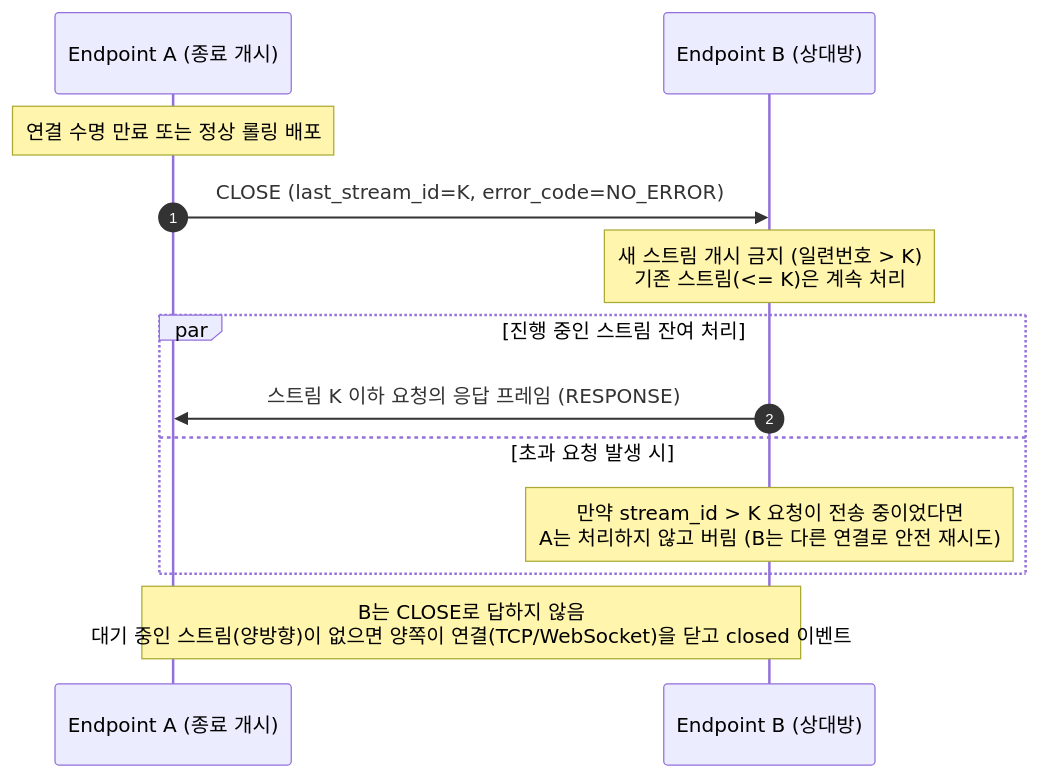
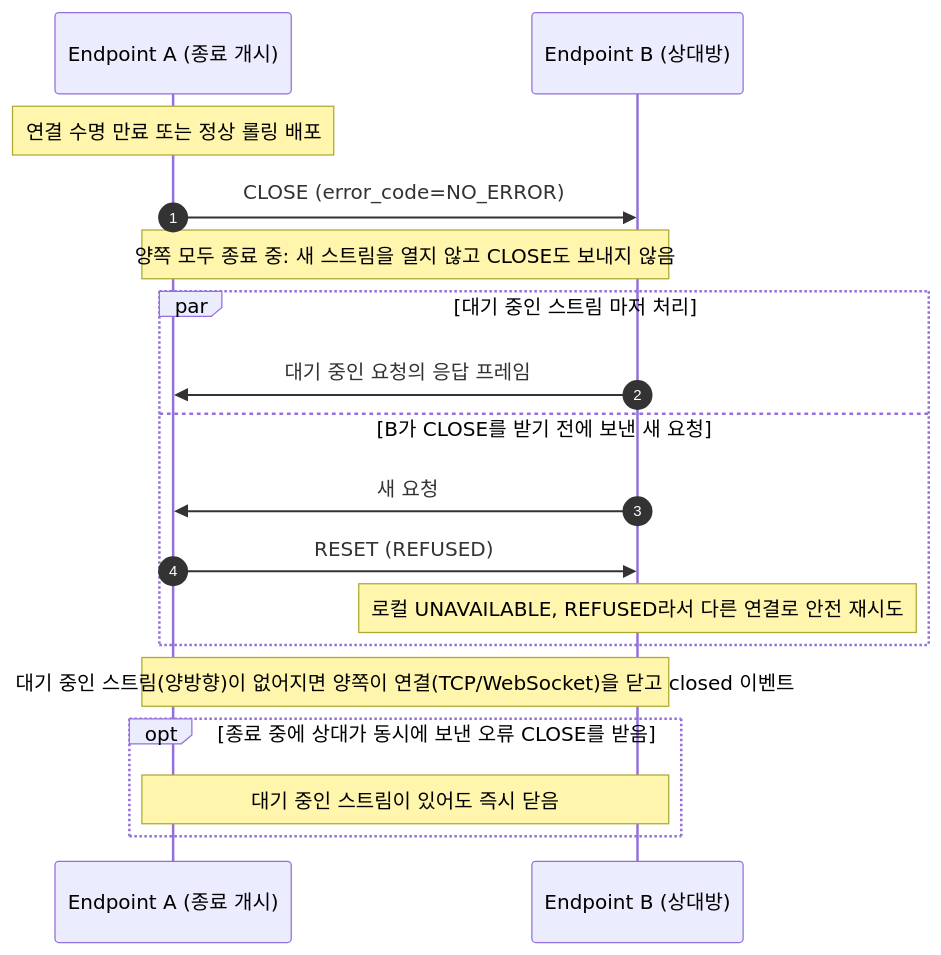
One commit to ppzxc/strand changed the second of 3 diagrams in docs/specification/STRAND_SPECIFICATION.md. Above: the diagram before and after it, drawn with Mermaid. The commit also changed other lines of this file and 5 other files, not shown here.

````diff
--- a/docs/specification/STRAND_SPECIFICATION.md
+++ b/docs/specification/STRAND_SPECIFICATION.md
@@ -526,19 +409,25 @@
 ```mermaid
 sequenceDiagram
     autonumber
     participant A as Endpoint A (종료 개시)
     participant B as Endpoint B (상대방)
 
     Note over A: 연결 수명 만료 또는 정상 롤링 배포
-    A->>B: CLOSE (last_stream_id=K, error_code=NO_ERROR)
-    
-    Note over B: 새 스트림 개시 금지 (일련번호 > K)<br/>기존 스트림(<= K)은 계속 처리
-    
-    par 진행 중인 스트림 잔여 처리
-        B->>A: 스트림 K 이하 요청의 응답 프레임 (RESPONSE)
-    and 초과 요청 발생 시
-        Note over B: 만약 stream_id > K 요청이 전송 중이었다면<br/>A는 처리하지 않고 버림 (B는 다른 연결로 안전 재시도)
+    A->>B: CLOSE (error_code=NO_ERROR)
+
+    Note over A,B: 양쪽 모두 종료 중: 새 스트림을 열지 않고 CLOSE도 보내지 않음
+
+    par 대기 중인 스트림 마저 처리
+        B->>A: 대기 중인 요청의 응답 프레임
+    and B가 CLOSE를 받기 전에 보낸 새 요청
+        B->>A: 새 요청
+        A->>B: RESET (REFUSED)
+        Note over B: 로컬 UNAVAILABLE, REFUSED라서 다른 연결로 안전 재시도
     end
-    
-    Note over A,B: B는 CLOSE로 답하지 않음<br/>대기 중인 스트림(양방향)이 없으면 양쪽이 연결(TCP/WebSocket)을 닫고 closed 이벤트
+
+    Note over A,B: 대기 중인 스트림(양방향)이 없어지면 양쪽이 연결(TCP/WebSocket)을 닫고 closed 이벤트
+
+    opt 종료 중에 상대가 동시에 보낸 오류 CLOSE를 받음
+        Note over A,B: 대기 중인 스트림이 있어도 즉시 닫음
+    end
 ```
````
